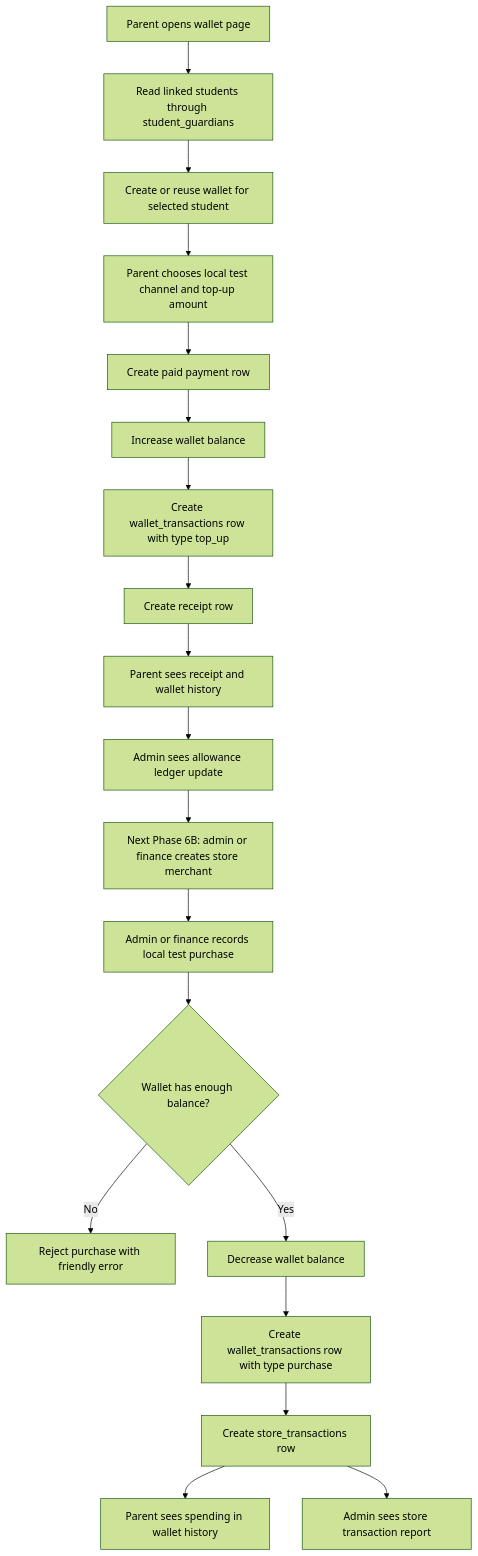
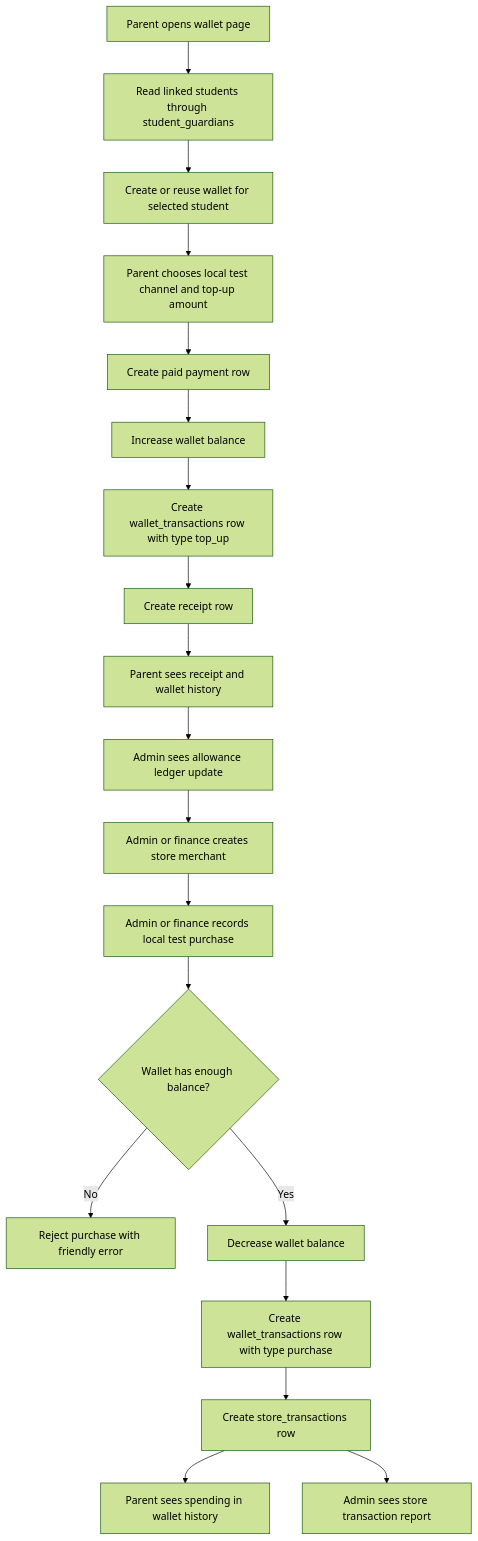
One commit to Xeyn19/xmetapay changed diagram 14 of 14 in docs/PROJECT_FLOWCHARTS.md. Above: the diagram before and after it, drawn with Mermaid (forest theme). The commit also changed other lines of this file and 14 other files, not shown here.

````diff
--- a/docs/PROJECT_FLOWCHARTS.md
+++ b/docs/PROJECT_FLOWCHARTS.md
@@ -435,21 +435,21 @@
 ```mermaid
 flowchart TD
   A["Parent opens wallet page"] --> B["Read linked students through student_guardians"]
   B --> C["Create or reuse wallet for selected student"]
   C --> D["Parent chooses local test channel and top-up amount"]
   D --> E["Create paid payment row"]
   E --> F["Increase wallet balance"]
   F --> G["Create wallet_transactions row with type top_up"]
   G --> H["Create receipt row"]
   H --> I["Parent sees receipt and wallet history"]
   I --> J["Admin sees allowance ledger update"]
-  J --> K["Next Phase 6B: admin or finance creates store merchant"]
+  J --> K["Admin or finance creates store merchant"]
   K --> L["Admin or finance records local test purchase"]
   L --> M{"Wallet has enough balance?"}
   M -->|No| N["Reject purchase with friendly error"]
   M -->|Yes| O["Decrease wallet balance"]
   O --> P["Create wallet_transactions row with type purchase"]
   P --> Q["Create store_transactions row"]
   Q --> R["Parent sees spending in wallet history"]
   Q --> S["Admin sees store transaction report"]
 ```
````
